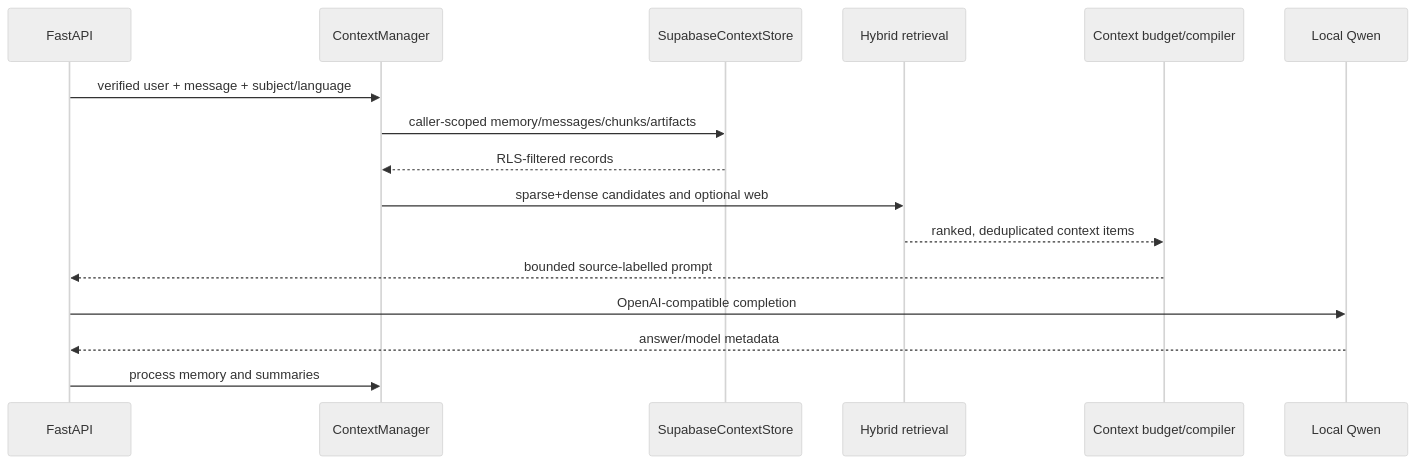
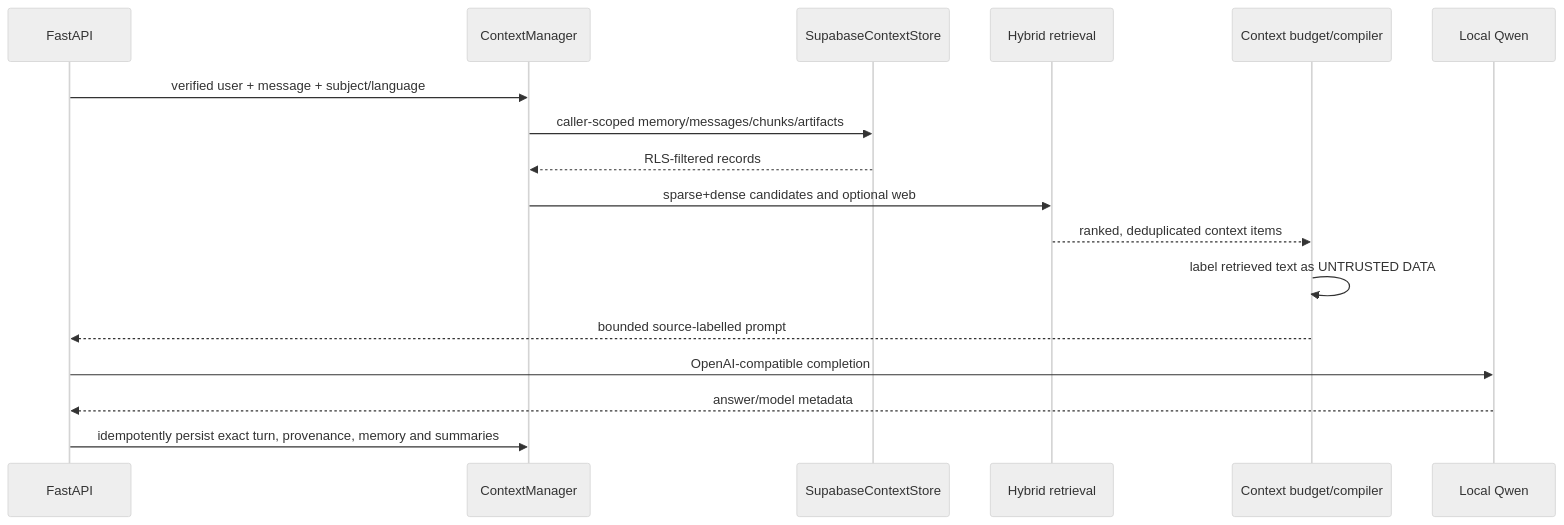
The diagram in lovabledocs/sequences/RAG_QUERY.mmd (keyshavmor/study-swiss-star), drawn with Mermaid (neutral theme) before and after one commit. The commit also changed 43 other files, not shown here.

```diff
--- a/lovabledocs/sequences/RAG_QUERY.mmd
+++ b/lovabledocs/sequences/RAG_QUERY.mmd
@@ -1,17 +1,18 @@
 %% Status: CURRENT — implemented
 sequenceDiagram
   participant API as FastAPI
   participant Manager as ContextManager
   participant Store as SupabaseContextStore
   participant Retrieval as Hybrid retrieval
   participant Budget as Context budget/compiler
   participant Model as Local Qwen
   API->>Manager: verified user + message + subject/language
   Manager->>Store: caller-scoped memory/messages/chunks/artifacts
   Store-->>Manager: RLS-filtered records
   Manager->>Retrieval: sparse+dense candidates and optional web
   Retrieval-->>Budget: ranked, deduplicated context items
+  Budget->>Budget: label retrieved text as UNTRUSTED DATA
   Budget-->>API: bounded source-labelled prompt
   API->>Model: OpenAI-compatible completion
   Model-->>API: answer/model metadata
-  API->>Manager: process memory and summaries
+  API->>Manager: idempotently persist exact turn, provenance, memory and summaries
```
